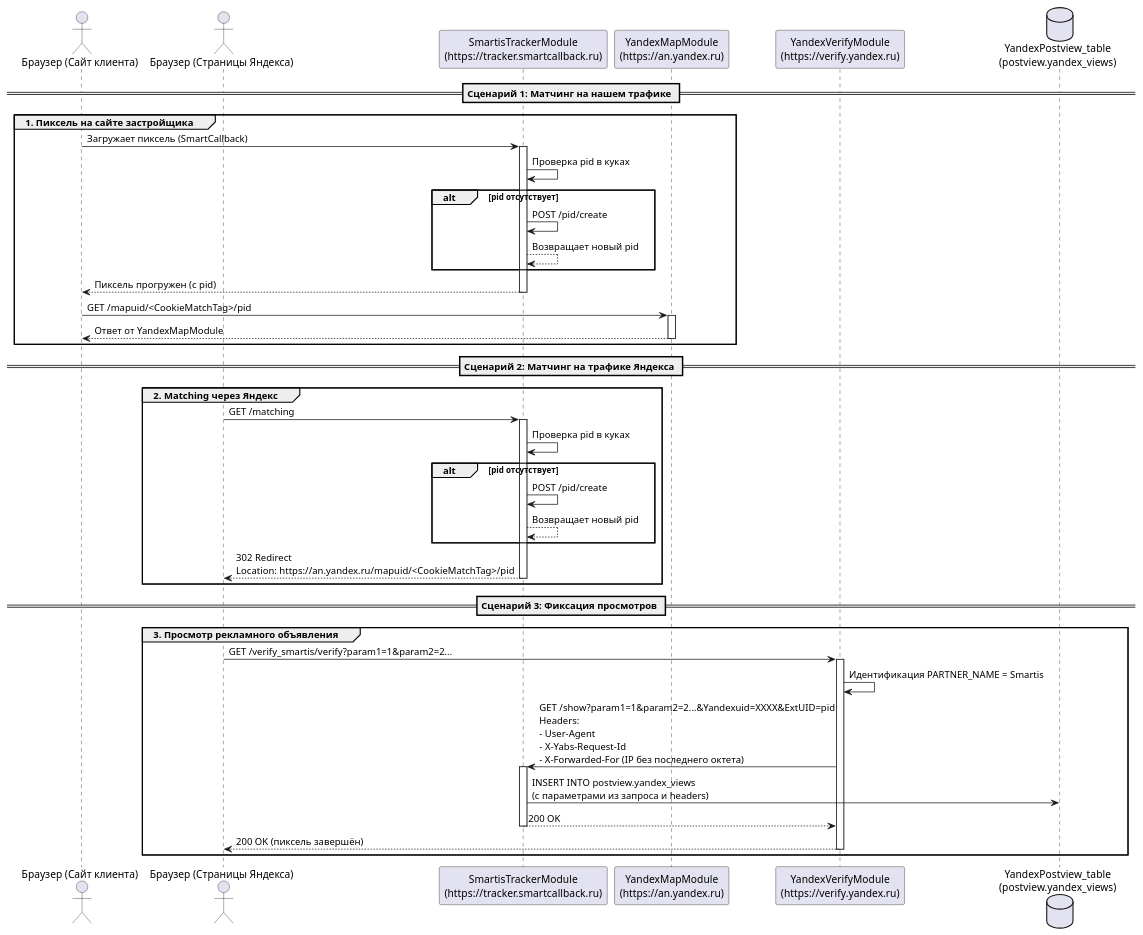
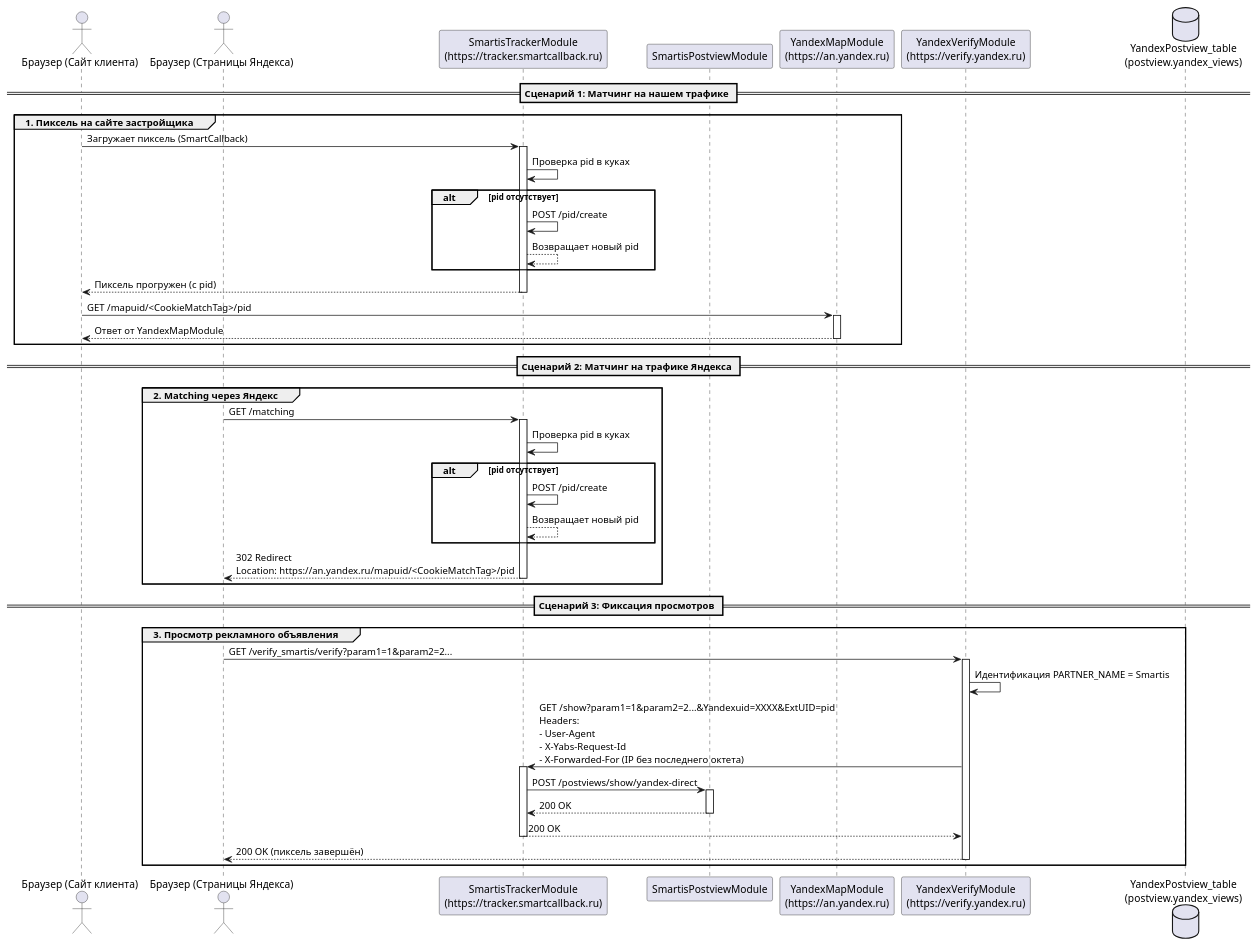
Before and after one commit to Grechka4604/Smartis_yandex_postview: the diagram in sequence.puml, drawn with PlantUML. The commit also changed 1 other file, not shown here.

```diff
--- a/sequence.puml
+++ b/sequence.puml
@@ -1,54 +1,58 @@
 @startuml
 actor "Браузер (Сайт клиента)" as BrowserClient
 actor "Браузер (Страницы Яндекса)" as BrowserYandex
 participant "SmartisTrackerModule\n(https://tracker.smartcallback.ru)" as Smartis
+participant "SmartisPostviewModule" as SmartisPV
 participant "YandexMapModule\n(https://an.yandex.ru)" as YandexMap
 participant "YandexVerifyModule\n(https://verify.yandex.ru)" as YandexVerify
 database "YandexPostview_table\n(postview.yandex_views)" as DB
 
 == Сценарий 1: Матчинг на нашем трафике ==
 group 1. Пиксель на сайте застройщика
     BrowserClient -> Smartis : Загружает пиксель (SmartCallback)
     activate Smartis
     Smartis -> Smartis : Проверка pid в куках
     alt pid отсутствует
         Smartis -> Smartis : POST /pid/create
         Smartis --> Smartis : Возвращает новый pid
     end
     Smartis --> BrowserClient : Пиксель прогружен (с pid)
     deactivate Smartis
 
     BrowserClient -> YandexMap : GET /mapuid/<CookieMatchTag>/pid
     activate YandexMap
     YandexMap --> BrowserClient : Ответ от YandexMapModule
     deactivate YandexMap
 end
 
 == Сценарий 2: Матчинг на трафике Яндекса ==
 group 2. Matching через Яндекс
     BrowserYandex -> Smartis : GET /matching
     activate Smartis
     Smartis -> Smartis : Проверка pid в куках
     alt pid отсутствует
         Smartis -> Smartis : POST /pid/create
         Smartis --> Smartis : Возвращает новый pid
     end
     Smartis --> BrowserYandex : 302 Redirect\nLocation: https://an.yandex.ru/mapuid/<CookieMatchTag>/pid
     deactivate Smartis
 end
 
 == Сценарий 3: Фиксация просмотров ==
 group 3. Просмотр рекламного объявления
     BrowserYandex -> YandexVerify : GET /verify_smartis/verify?param1=1&param2=2...
     activate YandexVerify
     YandexVerify -> YandexVerify : Идентификация PARTNER_NAME = Smartis
     YandexVerify -> Smartis : GET /show?param1=1&param2=2...&Yandexuid=XXXX&ExtUID=pid\nHeaders:\n- User-Agent\n- X-Yabs-Request-Id\n- X-Forwarded-For (IP без последнего октета)
     activate Smartis
-    Smartis -> DB : INSERT INTO postview.yandex_views\n(с параметрами из запроса и headers)
+    Smartis ->  SmartisPV: POST /postviews/show/yandex-direct
+    activate SmartisPV
+    SmartisPV --> Smartis: 200 OK
+    deactivate SmartisPV
     Smartis --> YandexVerify : 200 OK
     deactivate Smartis
     YandexVerify --> BrowserYandex : 200 OK (пиксель завершён)
     deactivate YandexVerify
 end
 
 @enduml
```
